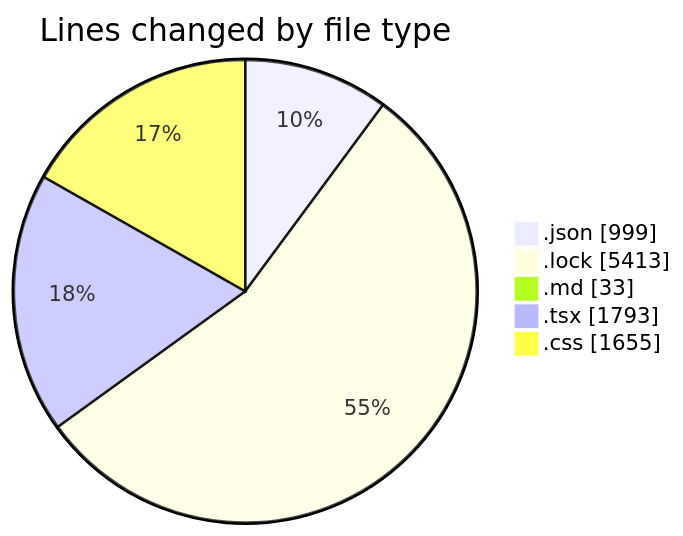
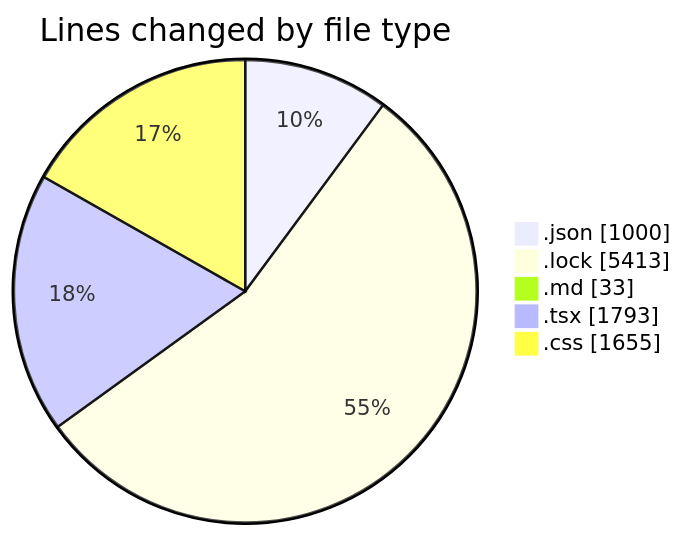
The first of 2 diagrams in 2025-08-11/ribbon/README.md (EIIisD/code-tracking), drawn with Mermaid before and after one commit. The commit also changed other lines of this file and 1 other file, not shown here.

````diff
--- a/2025-08-11/ribbon/README.md
+++ b/2025-08-11/ribbon/README.md
@@ -40,9 +40,9 @@
 ```mermaid
 pie showData
 title Lines changed by file type
-".json" : 999
+".json" : 1000
 ".lock" : 5413
 ".md" : 33
 ".tsx" : 1793
 ".css" : 1655
 ```
````
